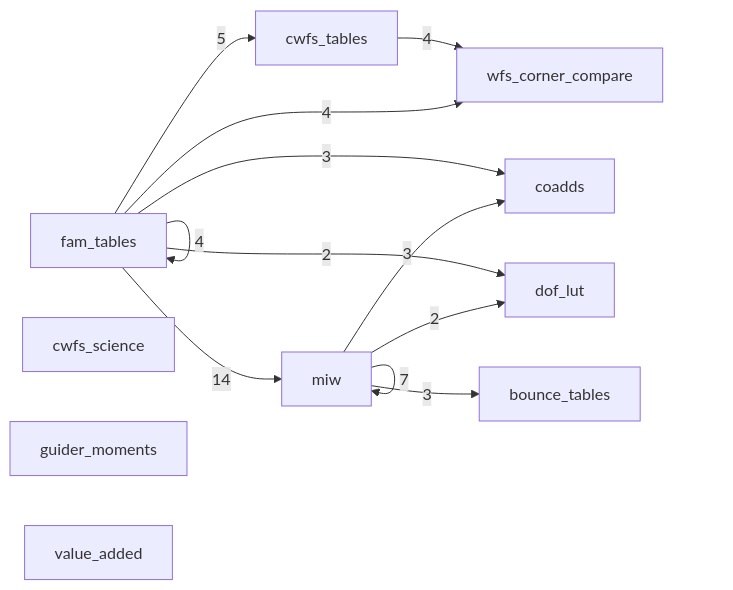
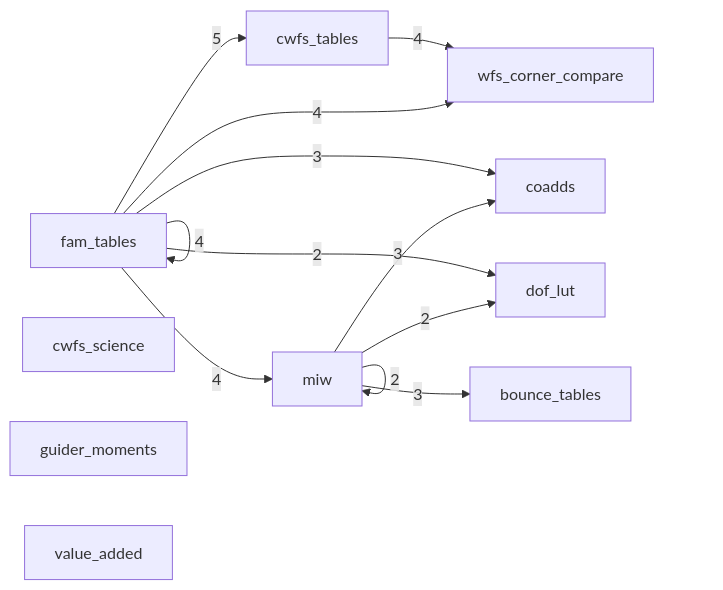
Before and after one commit to aaronroodman/rubin-work: the diagram in PRODUCT_MAP.md, drawn with Mermaid. The commit also changed other lines of this file and 16 other files, not shown here.

````diff
--- a/PRODUCT_MAP.md
+++ b/PRODUCT_MAP.md
@@ -13,17 +13,17 @@
 ```mermaid
 flowchart LR
     cwfs_tables -->|4| wfs_corner_compare
     fam_tables -->|3| coadds
     fam_tables -->|5| cwfs_tables
     fam_tables -->|2| dof_lut
     fam_tables -->|4| fam_tables
-    fam_tables -->|14| miw
+    fam_tables -->|4| miw
     fam_tables -->|4| wfs_corner_compare
     miw -->|3| bounce_tables
     miw -->|3| coadds
     miw -->|2| dof_lut
-    miw -->|7| miw
+    miw -->|2| miw
     cwfs_science
     guider_moments
     value_added
 ```
````
